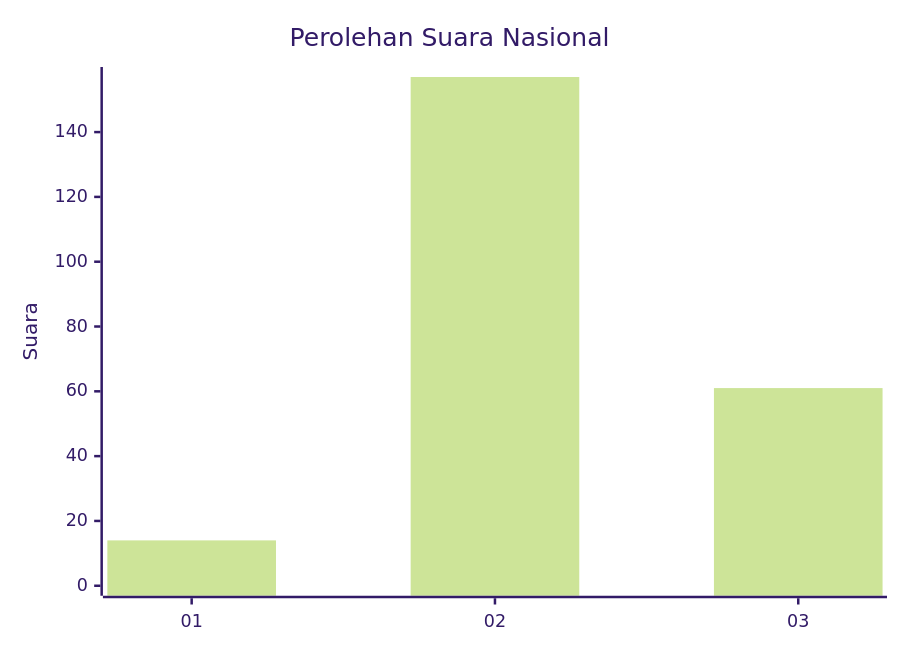
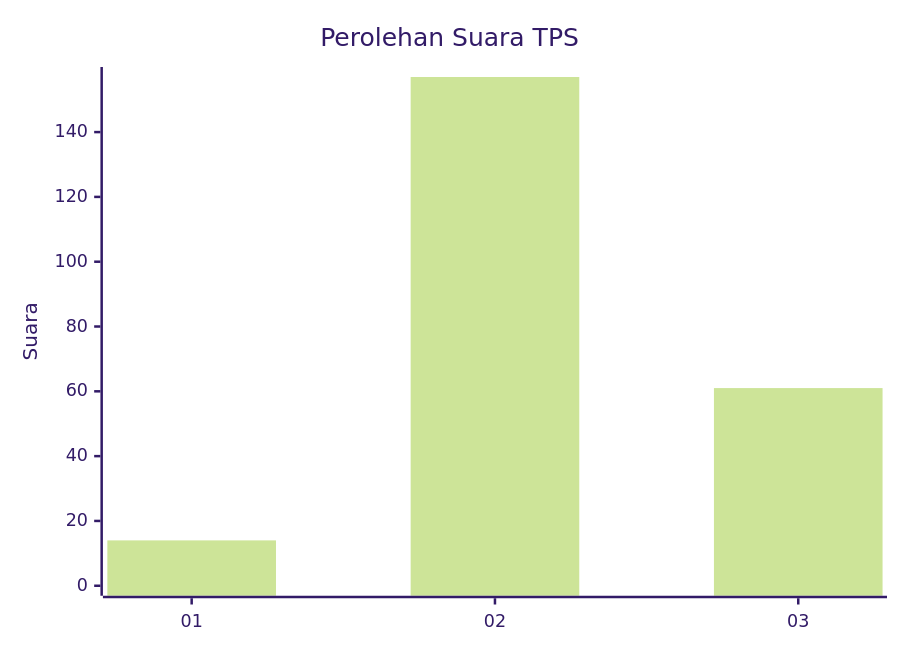
Before and after one commit to gigit-pemilu/pemilu-2024-34-di-yogyakarta: the first of 2 diagrams in pilpres/hitung-suara/sub/34-di-yogyakarta/sub/02-bantul/sub/04-pundong/sub/2001-seloharjo/sub/002-tps/README.md, drawn with Mermaid (forest theme). The commit also changed other lines of this file and 6915 other files, not shown here.

````diff
--- a/pilpres/hitung-suara/sub/34-di-yogyakarta/sub/02-bantul/sub/04-pundong/sub/2001-seloharjo/sub/002-tps/README.md
+++ b/pilpres/hitung-suara/sub/34-di-yogyakarta/sub/02-bantul/sub/04-pundong/sub/2001-seloharjo/sub/002-tps/README.md
@@ -5,7 +5,7 @@
 ```mermaid
 xychart-beta
-    title "Perolehan Suara Nasional"
+    title "Perolehan Suara TPS"
     x-axis [01, 02, 03]
     y-axis "Suara" 0 --> 157
     bar [14, 157, 61]
 ```
````
